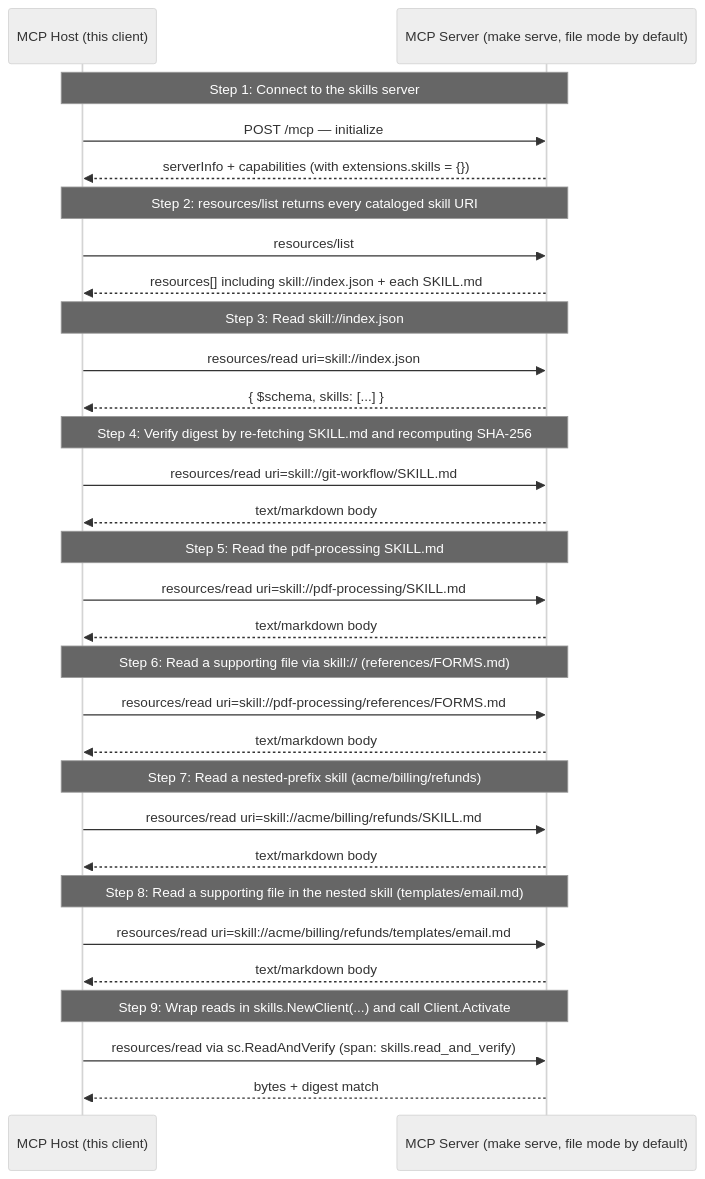
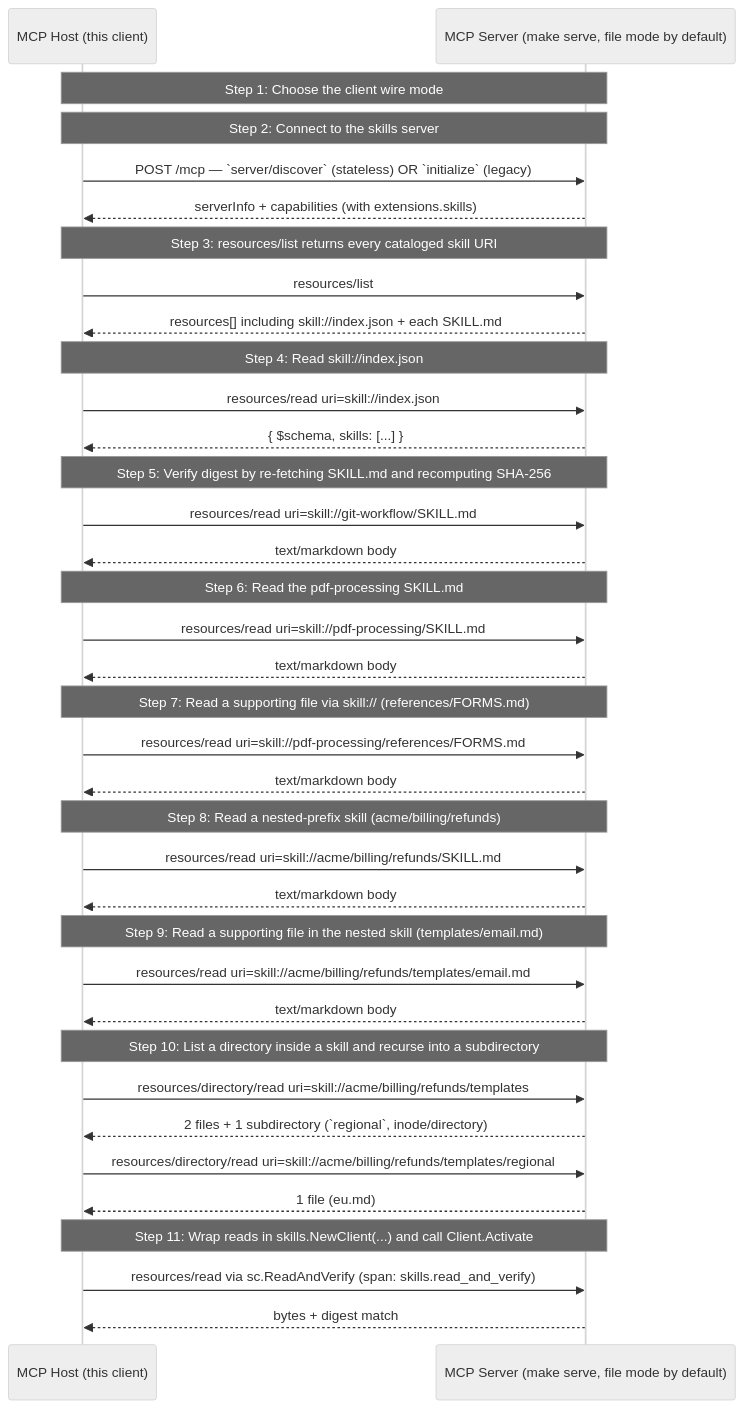
Before and after one commit to panyam/mcpkit: the diagram in examples/skills/WALKTHROUGH.md, drawn with Mermaid (neutral theme). The commit also changed other lines of this file and 3 other files, not shown here.

First line of the commit message:
examples/skills: adopt FilterArgs convention + wire-mode InputStep

````diff
--- a/examples/skills/WALKTHROUGH.md
+++ b/examples/skills/WALKTHROUGH.md
@@ -19,41 +21,49 @@
 ```mermaid
 sequenceDiagram
     participant Host as MCP Host (this client)
     participant Server as MCP Server (make serve, file mode by default)
 
-    Note over Host,Server: Step 1: Connect to the skills server
-    Host->>Server: POST /mcp — initialize
-    Server-->>Host: serverInfo + capabilities (with extensions.skills = {})
+    Note over Host,Server: Step 1: Choose the client wire mode
 
-    Note over Host,Server: Step 2: resources/list returns every cataloged skill URI
+    Note over Host,Server: Step 2: Connect to the skills server
+    Host->>Server: POST /mcp — `server/discover` (stateless) OR `initialize` (legacy)
+    Server-->>Host: serverInfo + capabilities (with extensions.skills)
+
+    Note over Host,Server: Step 3: resources/list returns every cataloged skill URI
     Host->>Server: resources/list
     Server-->>Host: resources[] including skill://index.json + each SKILL.md
 
-    Note over Host,Server: Step 3: Read skill://index.json
+    Note over Host,Server: Step 4: Read skill://index.json
     Host->>Server: resources/read uri=skill://index.json
     Server-->>Host: { $schema, skills: [...] }
 
-    Note over Host,Server: Step 4: Verify digest by re-fetching SKILL.md and recomputing SHA-256
+    Note over Host,Server: Step 5: Verify digest by re-fetching SKILL.md and recomputing SHA-256
     Host->>Server: resources/read uri=skill://git-workflow/SKILL.md
     Server-->>Host: text/markdown body
 
-    Note over Host,Server: Step 5: Read the pdf-processing SKILL.md
+    Note over Host,Server: Step 6: Read the pdf-processing SKILL.md
     Host->>Server: resources/read uri=skill://pdf-processing/SKILL.md
     Server-->>Host: text/markdown body
 
-    Note over Host,Server: Step 6: Read a supporting file via skill:// (references/FORMS.md)
+    Note over Host,Server: Step 7: Read a supporting file via skill:// (references/FORMS.md)
     Host->>Server: resources/read uri=skill://pdf-processing/references/FORMS.md
     Server-->>Host: text/markdown body
 
-    Note over Host,Server: Step 7: Read a nested-prefix skill (acme/billing/refunds)
+    Note over Host,Server: Step 8: Read a nested-prefix skill (acme/billing/refunds)
     Host->>Server: resources/read uri=skill://acme/billing/refunds/SKILL.md
     Server-->>Host: text/markdown body
 
-    Note over Host,Server: Step 8: Read a supporting file in the nested skill (templates/email.md)
+    Note over Host,Server: Step 9: Read a supporting file in the nested skill (templates/email.md)
     Host->>Server: resources/read uri=skill://acme/billing/refunds/templates/email.md
     Server-->>Host: text/markdown body
 
-    Note over Host,Server: Step 9: Wrap reads in skills.NewClient(...) and call Client.Activate
+    Note over Host,Server: Step 10: List a directory inside a skill and recurse into a subdirectory
+    Host->>Server: resources/directory/read uri=skill://acme/billing/refunds/templates
+    Server-->>Host: 2 files + 1 subdirectory (`regional`, inode/directory)
+    Host->>Server: resources/directory/read uri=skill://acme/billing/refunds/templates/regional
+    Server-->>Host: 1 file (eu.md)
+
+    Note over Host,Server: Step 11: Wrap reads in skills.NewClient(...) and call Client.Activate
     Host->>Server: resources/read via sc.ReadAndVerify (span: skills.read_and_verify)
     Server-->>Host: bytes + digest match
 ```
````
